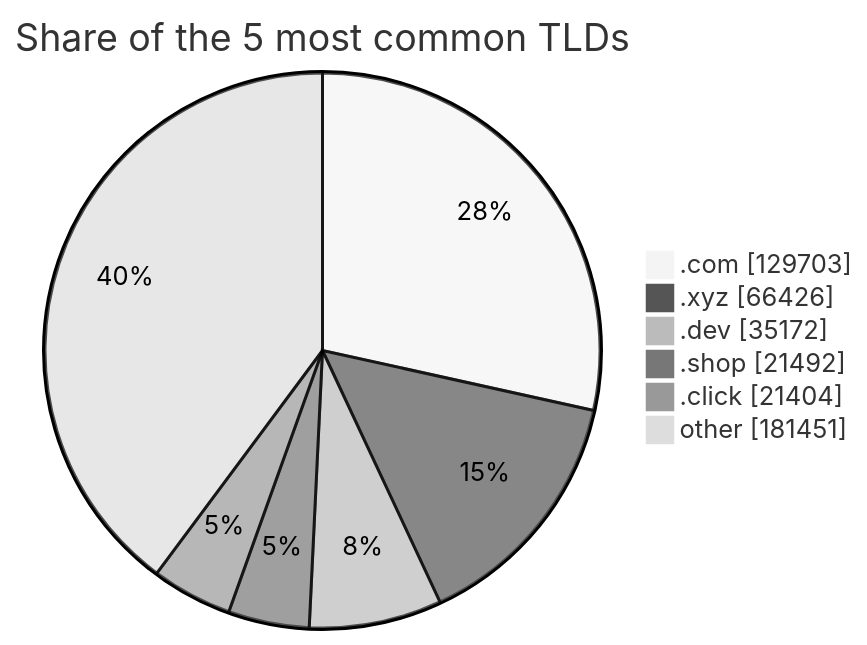
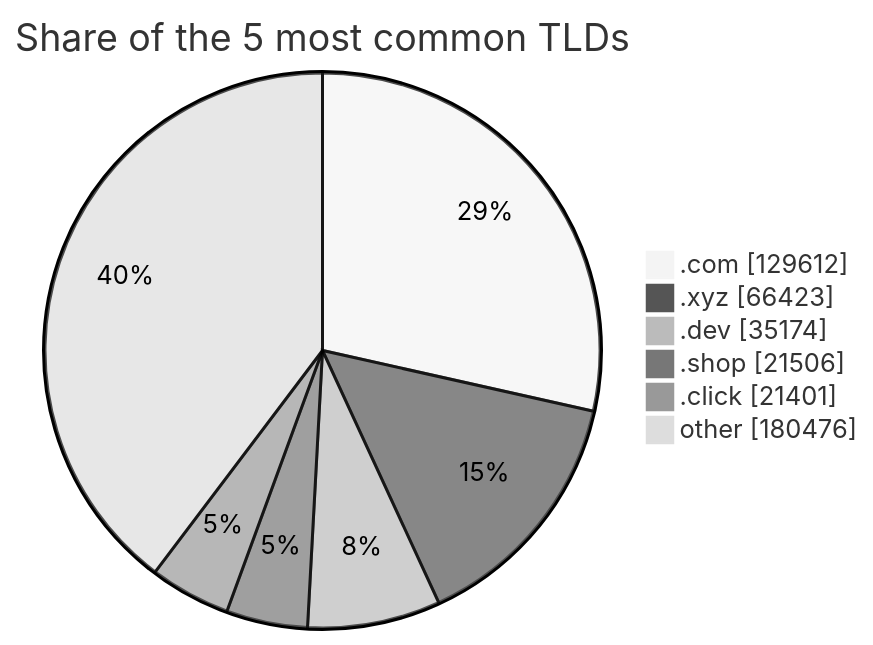
One commit to DNSBunker/CTI changed the third of 3 diagrams in README.md. Above: the diagram before and after it, drawn with Mermaid (neutral theme). The commit also changed other lines of this file and 3 other files, not shown here.

````diff
--- a/README.md
+++ b/README.md
@@ -81,9 +81,9 @@
 ```mermaid
 pie showData title Share of the 5 most common TLDs
-    ".com" : 129703
-    ".xyz" : 66426
-    ".dev" : 35172
-    ".shop" : 21492
-    ".click" : 21404
-    "other" : 181451
+    ".com" : 129612
+    ".xyz" : 66423
+    ".dev" : 35174
+    ".shop" : 21506
+    ".click" : 21401
+    "other" : 180476
 ```
````
